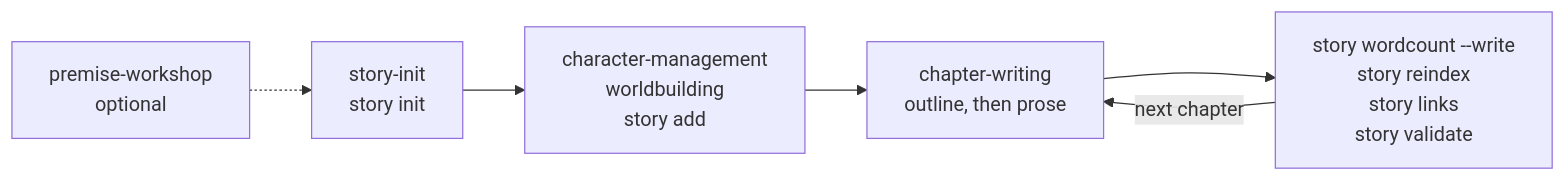
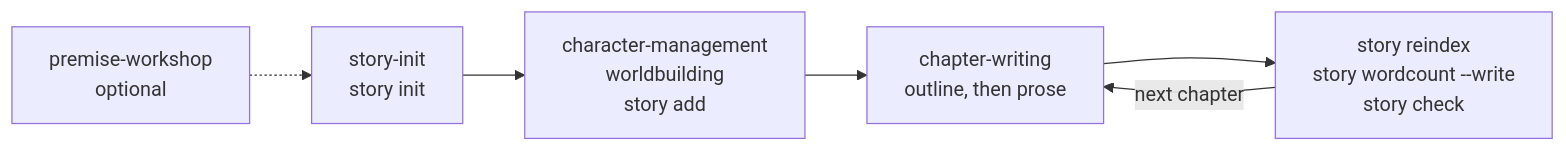
One commit to danjdewhurst/story-skills changed the diagram in docs/getting-started.md. Above: the diagram before and after it, drawn with Mermaid. The commit also changed other lines of this file and 47 other files, not shown here.

````diff
--- a/docs/getting-started.md
+++ b/docs/getting-started.md
@@ -229,8 +229,8 @@
 ```mermaid
 flowchart LR
   P[premise-workshop<br/>optional] -.-> A
   A[story-init<br/>story init] --> B[character-management<br/>worldbuilding<br/>story add]
   B --> C[chapter-writing<br/>outline, then prose]
-  C --> D[story wordcount --write<br/>story reindex<br/>story links<br/>story validate]
+  C --> D[story reindex<br/>story wordcount --write<br/>story check]
   D -->|next chapter| C
 ```
````
